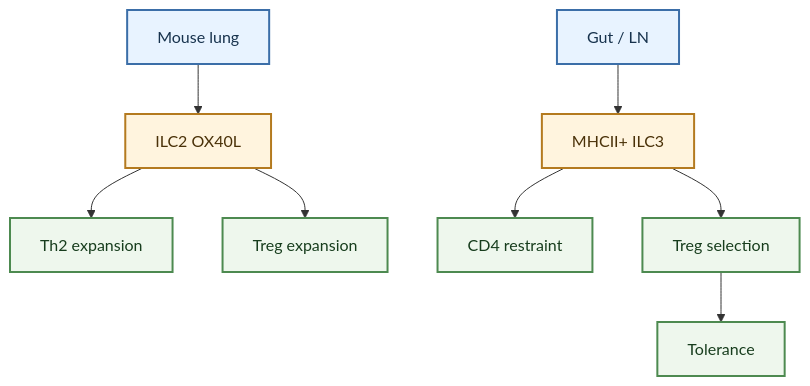
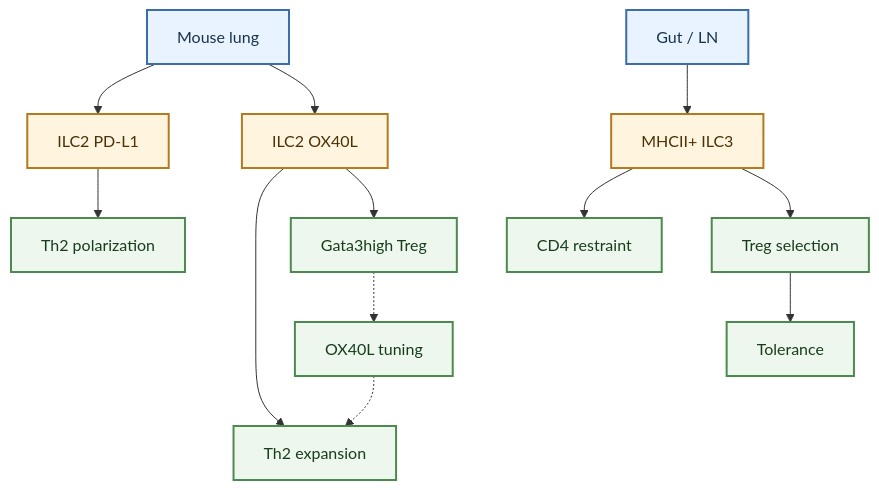
Before and after one commit to shao1116/ILC-Wiki: the first of 2 diagrams in wiki/topics/ILC_regulation_of_adaptive_immunity.md, drawn with Mermaid. The commit also changed other lines of this file and 12 other files, not shown here.

````diff
--- a/wiki/topics/ILC_regulation_of_adaptive_immunity.md
+++ b/wiki/topics/ILC_regulation_of_adaptive_immunity.md
@@ -101,20 +114,24 @@
 ```mermaid
 flowchart TB
     accTitle: ILC Adaptive Immunity T Cell Map
     accDescr: Compact map of lung ILC2 costimulation and gut ILC3 T-cell tolerance mechanisms.
 
-    lung["Mouse lung"] --> ilc2["ILC2 OX40L"]
+    lung["Mouse lung"] --> pdl1["ILC2 PD-L1"]
+    lung --> ilc2["ILC2 OX40L"]
+    pdl1 --> th2_pol["Th2 polarization"]
     ilc2 --> th2["Th2 expansion"]
-    ilc2 --> treg_lung["Treg expansion"]
+    ilc2 --> treg_lung["Gata3high Treg"]
+    treg_lung -.-> ox40l_tune["OX40L tuning"]
+    ox40l_tune -.-> th2
     gut["Gut / LN"] --> ilc3_mhcii["MHCII+ ILC3"]
     ilc3_mhcii --> cd4["CD4 restraint"]
     ilc3_mhcii --> treg_gut["Treg selection"]
     treg_gut --> tolerance["Tolerance"]
 
     classDef tissue fill:#e8f3ff,stroke:#3b6ea8,stroke-width:2px,color:#17324d
     classDef ilc fill:#fff4de,stroke:#b47a1f,stroke-width:2px,color:#4a3108
     classDef adaptive fill:#eef7ed,stroke:#4d8a50,stroke-width:2px,color:#173d1d
     class lung,gut tissue
-    class ilc2,ilc3_mhcii ilc
-    class th2,treg_lung,cd4,treg_gut,tolerance adaptive
+    class pdl1,ilc2,ilc3_mhcii ilc
+    class th2_pol,th2,treg_lung,ox40l_tune,cd4,treg_gut,tolerance adaptive
 ```
````
